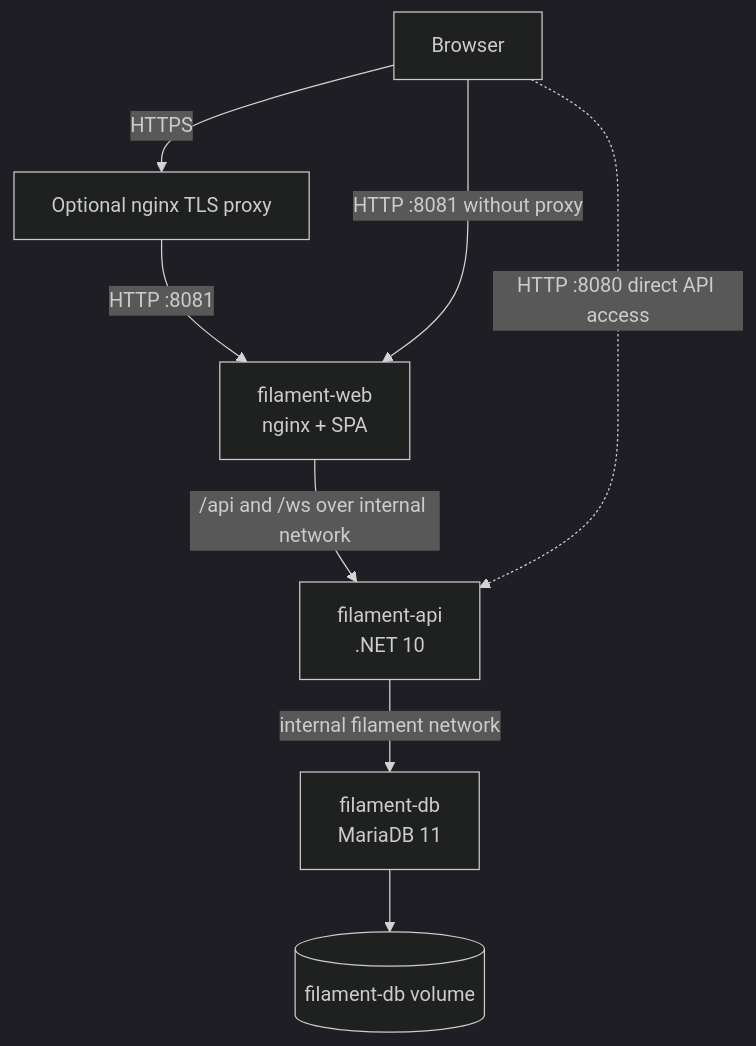
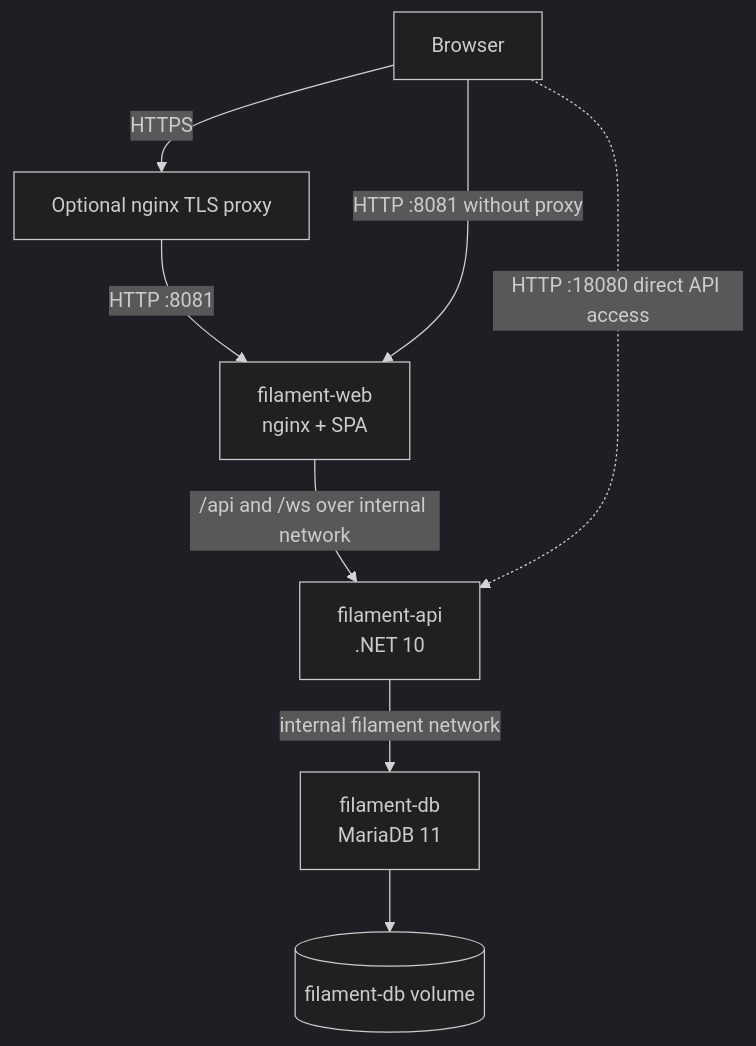
One commit to obrys/filament changed the second of 2 diagrams in doc/spec/architecture.md. Above: the diagram before and after it, drawn with Mermaid (dark theme). The commit also changed other lines of this file and 2 other files, not shown here.

````diff
--- a/doc/spec/architecture.md
+++ b/doc/spec/architecture.md
@@ -32,10 +32,10 @@
 ```mermaid
 flowchart TB
     User[Browser] -->|HTTPS| Proxy[Optional nginx TLS proxy]
     Proxy -->|HTTP :8081| Web[filament-web\nnginx + SPA]
     User -->|HTTP :8081 without proxy| Web
     Web -->|/api and /ws over internal network| Api[filament-api\n.NET 10]
-    User -.->|HTTP :8080 direct API access| Api
+    User -.->|HTTP :18080 direct API access| Api
     Api -->|internal filament network| Db[filament-db\nMariaDB 11]
     Db --> Volume[(filament-db volume)]
 ```
````
